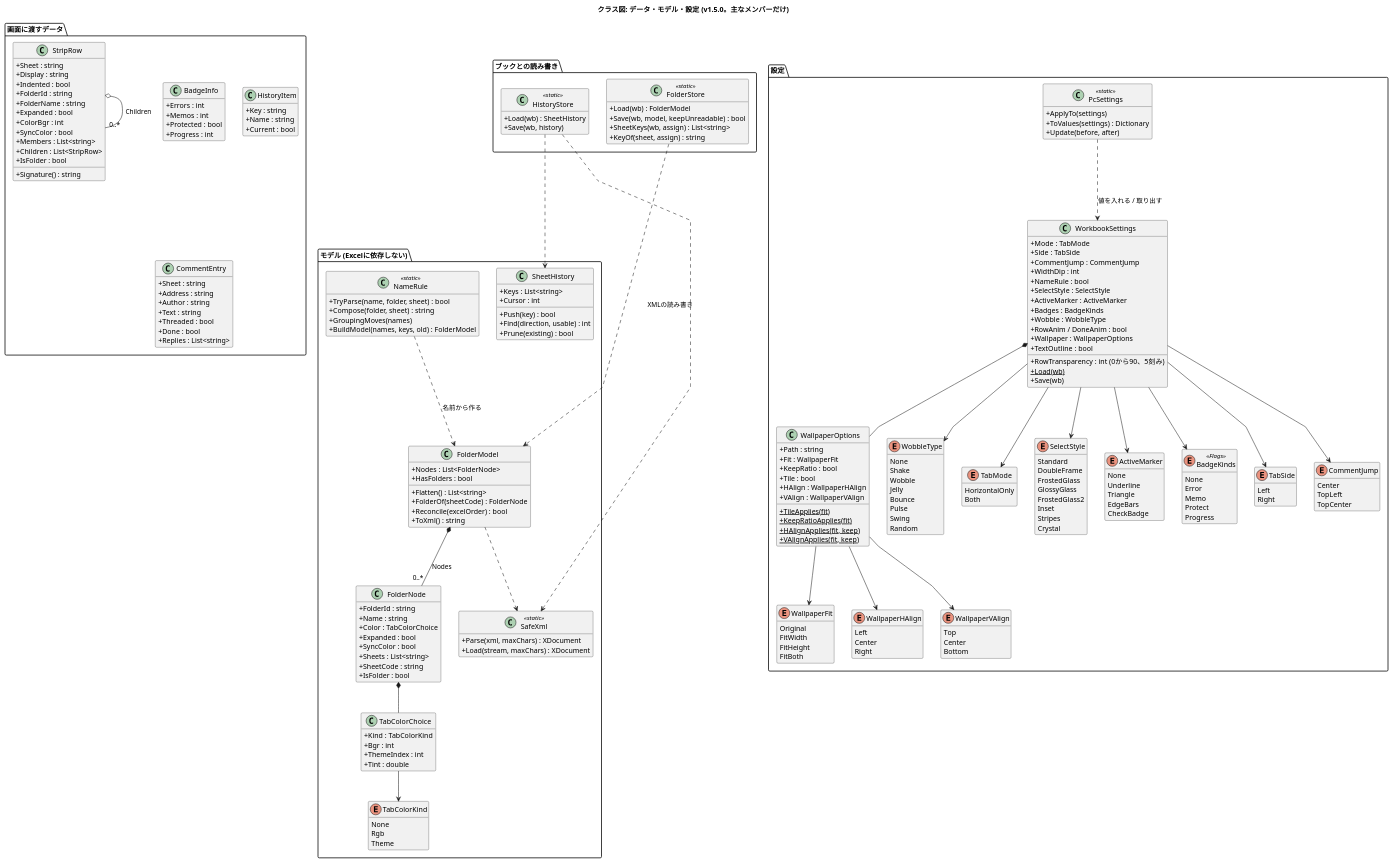
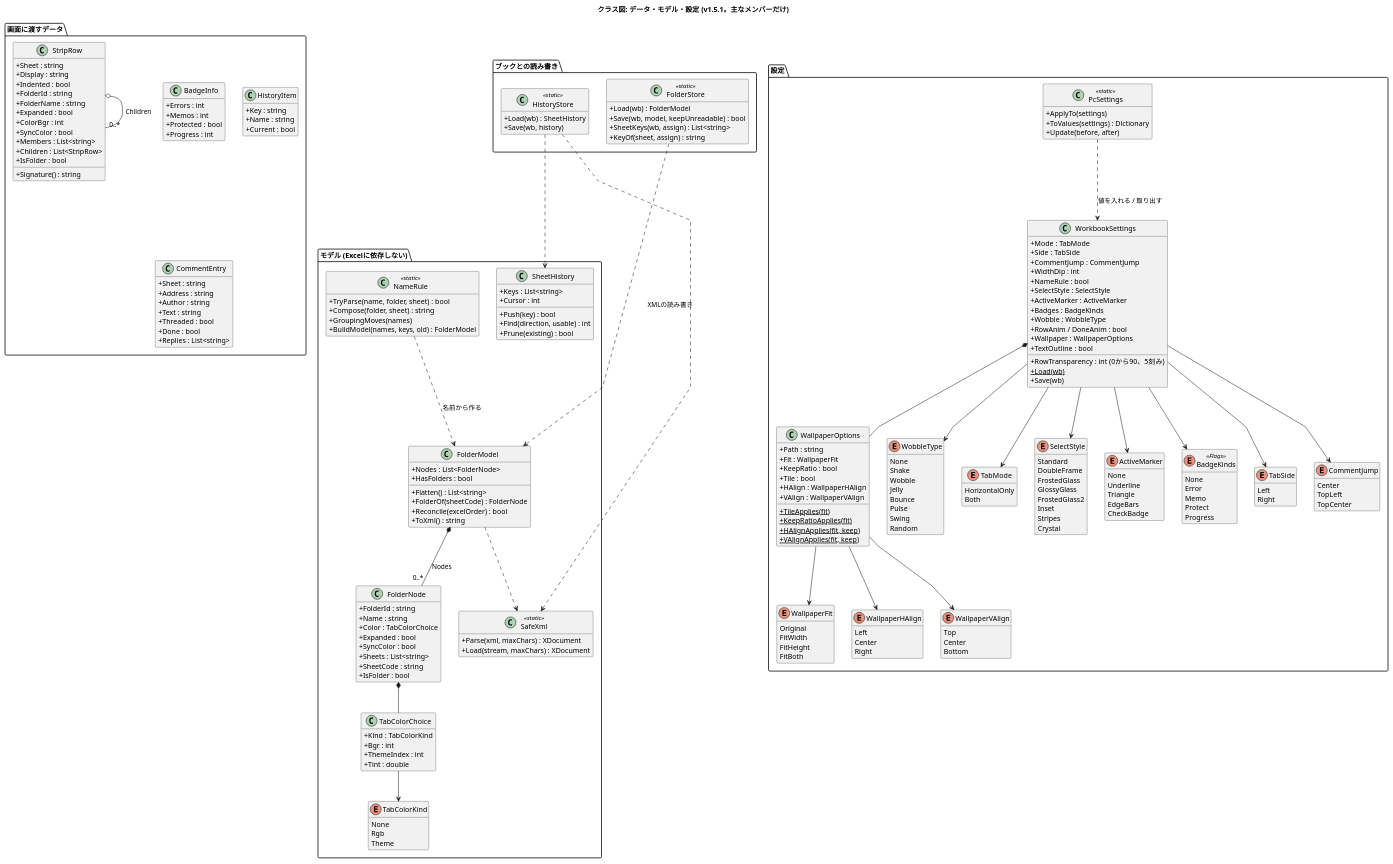
The diagram in docs/class-data.puml (nk-taka623/VerticalSheetTabs), drawn with PlantUML before and after one commit. The commit also changed 14 other files, not shown here.

```diff
--- a/docs/class-data.puml
+++ b/docs/class-data.puml
@@ -1,5 +1,5 @@
 @startuml
-title クラス図: データ・モデル・設定 (v1.5.0。主なメンバーだけ)
+title クラス図: データ・モデル・設定 (v1.5.1。主なメンバーだけ)
 skinparam shadowing false
 skinparam classAttributeIconSize 0
 skinparam linetype polyline
```
